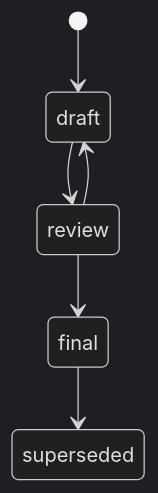
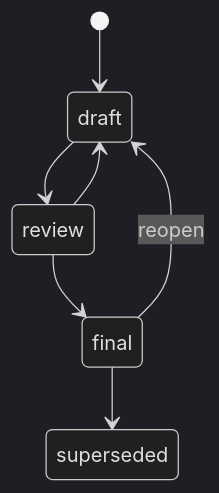
Before and after one commit to martin-macak/aade: the second of 2 diagrams in .agents/skills/tech-research/SKILL.md, drawn with Mermaid (dark theme). The commit also changed other lines of this file and 34 other files, not shown here.

````diff
--- a/.agents/skills/tech-research/SKILL.md
+++ b/.agents/skills/tech-research/SKILL.md
@@ -170,8 +229,9 @@
 ```mermaid
 stateDiagram-v2
   [*] --> draft
   draft --> review
   review --> draft
   review --> final
   final --> superseded
+  final --> draft: reopen
 ```
````
